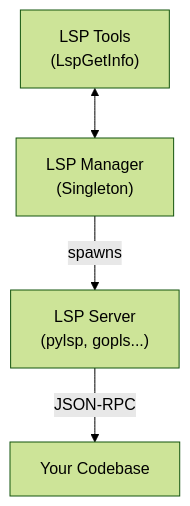
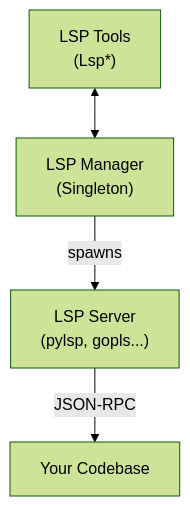
The second of 2 diagrams in docs/llm/lsp-support.md (state-alchemists/zrb), drawn with Mermaid (forest theme) before and after one commit. The commit also changed other lines of this file and 170 other files, not shown here.

````diff
--- a/docs/llm/lsp-support.md
+++ b/docs/llm/lsp-support.md
@@ -256,6 +190,6 @@
 ```mermaid
 flowchart TB
-    Tools["LSP Tools<br />(LspGetInfo)"] <--> Manager["LSP Manager<br />(Singleton)"]
+    Tools["LSP Tools<br />(Lsp*)"] <--> Manager["LSP Manager<br />(Singleton)"]
     Manager -->|spawns| Server["LSP Server<br />(pylsp, gopls...)"]
     Server -->|JSON-RPC| Codebase["Your Codebase"]
 ```
````
